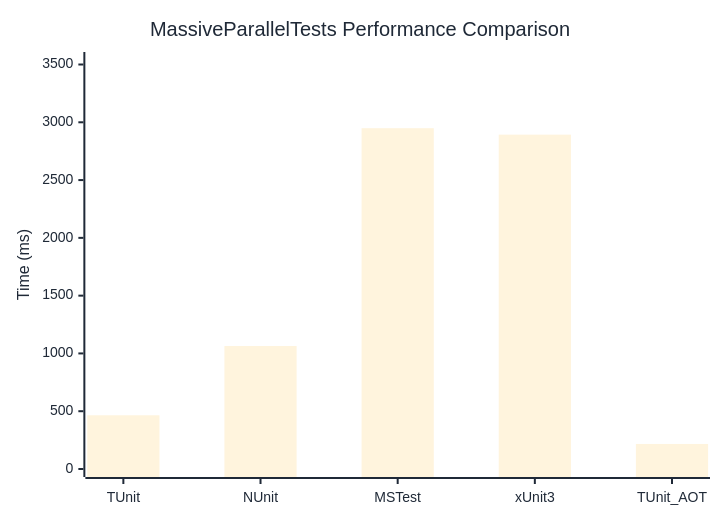
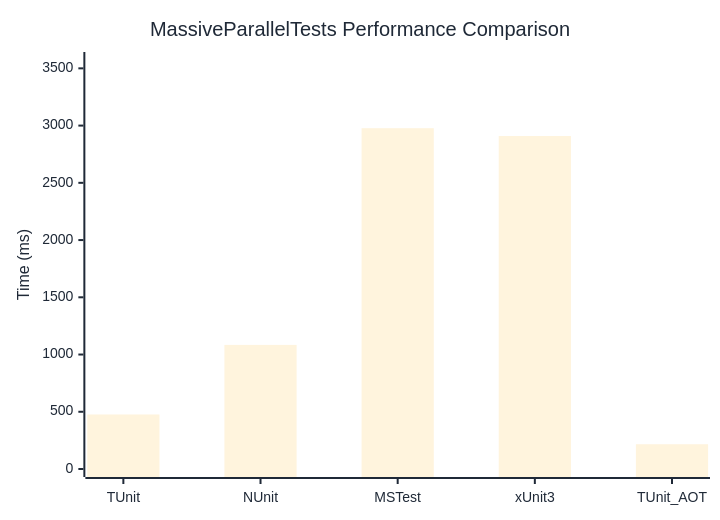
The diagram in docs/docs/benchmarks/engine/MassiveParallelTests.md (thomhurst/TUnit), drawn with Mermaid before and after one commit. The commit also changed other lines of this file and 18 other files, not shown here.

````diff
--- a/docs/docs/benchmarks/engine/MassiveParallelTests.md
+++ b/docs/docs/benchmarks/engine/MassiveParallelTests.md
@@ -29,37 +29,37 @@
 ```mermaid
 %%{init: {
   'theme':'base',
   'themeVariables': {
     'primaryColor': '#2563eb',
     'primaryTextColor': '#1f2937',
     'primaryBorderColor': '#1e40af',
     'lineColor': '#6b7280',
     'secondaryColor': '#7c3aed',
     'tertiaryColor': '#dc2626',
     'background': '#ffffff',
     'mainBkg': '#2563eb',
     'secondBkg': '#7c3aed',
     'tertiaryBkg': '#dc2626',
     'clusterBkg': '#f3f4f6',
     'edgeLabelBackground': '#ffffff',
     'tertiaryTextColor': '#1f2937',
     'pie1': '#2563eb',
     'pie2': '#7c3aed',
     'pie3': '#dc2626',
     'pie4': '#f59e0b',
     'pie5': '#10b981',
     'pie6': '#06b6d4',
     'pie7': '#ec4899',
     'pie8': '#6366f1',
     'pie9': '#84cc16',
     'pie10': '#f97316',
     'pie11': '#14b8a6',
     'pie12': '#a855f7'
   }
 }}%%
 xychart-beta
   title "MassiveParallelTests Performance Comparison"
   x-axis ["TUnit", "NUnit", "MSTest", "xUnit3", "TUnit_AOT"]
-  y-axis "Time (ms)" 0 --> 3539
-  bar [464.8, 1064.1, 2949.1, 2893.1, 216.7]
+  y-axis "Time (ms)" 0 --> 3573
+  bar [476.2, 1084.2, 2977.3, 2908.9, 216.3]
 ```
````
